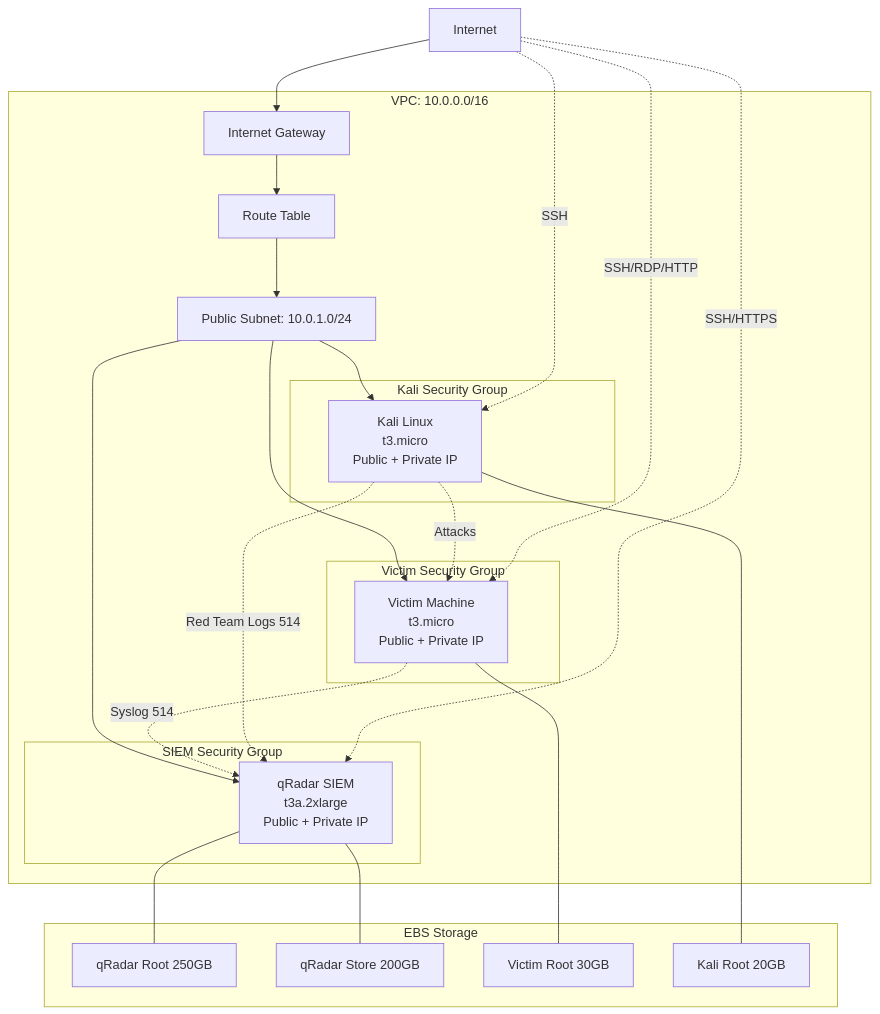
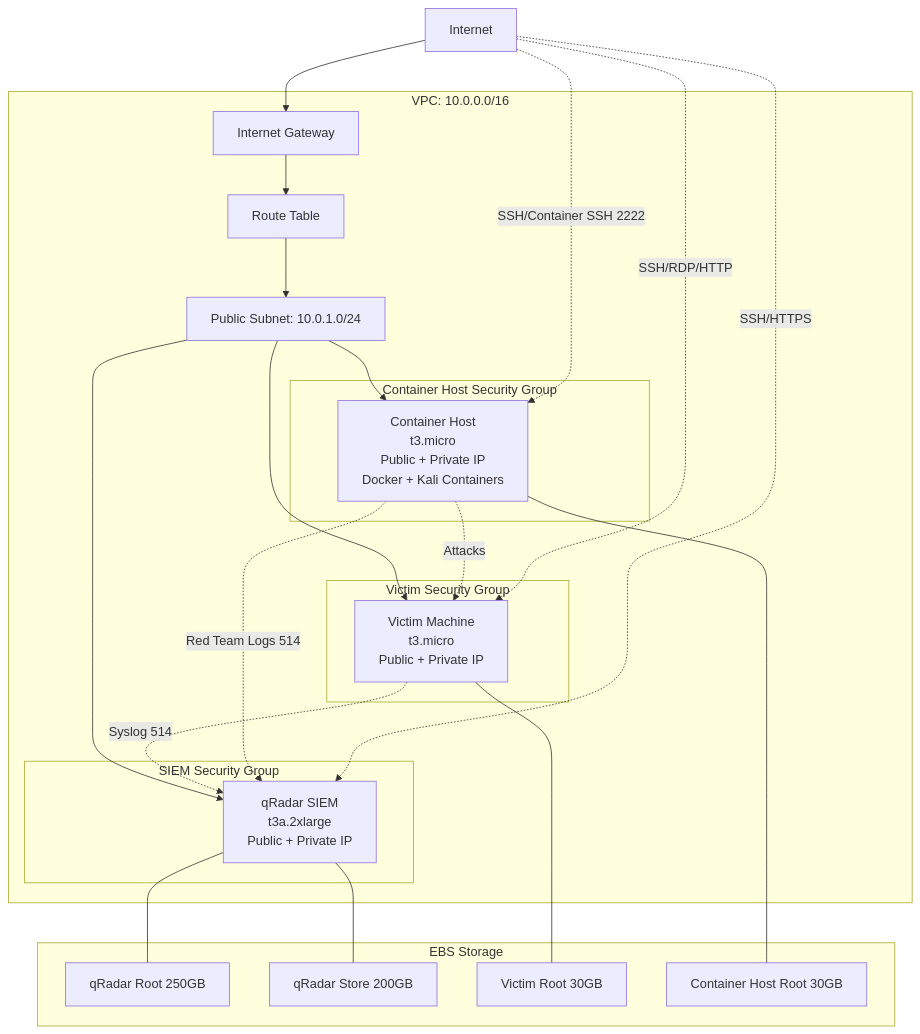
Before and after one commit to PaloAltoNetworks/shifter: the second of 4 diagrams in docs/architecture.md, drawn with Mermaid. The commit also changed other lines of this file and 3 other files, not shown here.

Commit message:
docs: Update docs for red team containerization

````diff
--- a/docs/architecture.md
+++ b/docs/architecture.md
@@ -119,45 +121,45 @@
 ```mermaid
 flowchart TB
     Internet[Internet] --> IGW[Internet Gateway]
     
     subgraph VPC["VPC: 10.0.0.0/16"]
         IGW --> RT[Route Table]
         RT --> PubSub[Public Subnet: 10.0.1.0/24]
         
         subgraph SIEMSSG["SIEM Security Group"]
             SIEM[qRadar SIEM<br/>t3a.2xlarge<br/>Public + Private IP]
         end
         
         subgraph VICTIMSG["Victim Security Group"]
             VICTIM[Victim Machine<br/>t3.micro<br/>Public + Private IP]
         end
         
-        subgraph KALISG["Kali Security Group"]
-            KALI[Kali Linux<br/>t3.micro<br/>Public + Private IP]
+        subgraph CONTAINERSG["Container Host Security Group"]
+            CONTAINERHOST[Container Host<br/>t3.micro<br/>Public + Private IP<br/>Docker + Kali Containers]
         end
         
         PubSub --> SIEM
         PubSub --> VICTIM
-        PubSub --> KALI
+        PubSub --> CONTAINERHOST
     end
     
     subgraph Storage["EBS Storage"]
         SIEMROOT[qRadar Root 250GB]
         SIEMSTORE[qRadar Store 200GB]
         VICTIMROOT[Victim Root 30GB]
-        KALIROOT[Kali Root 20GB]
+        CONTAINERROOT[Container Host Root 30GB]
     end
     
     VICTIM -.->|Syslog 514| SIEM
-    KALI -.->|Red Team Logs 514| SIEM
-    KALI -.->|Attacks| VICTIM
+    CONTAINERHOST -.->|Red Team Logs 514| SIEM
+    CONTAINERHOST -.->|Attacks| VICTIM
     
     Internet -.->|SSH/HTTPS| SIEM
     Internet -.->|SSH/RDP/HTTP| VICTIM
-    Internet -.->|SSH| KALI
+    Internet -.->|SSH/Container SSH 2222| CONTAINERHOST
     
     SIEM --- SIEMROOT
     SIEM --- SIEMSTORE
     VICTIM --- VICTIMROOT
-    KALI --- KALIROOT
+    CONTAINERHOST --- CONTAINERROOT
 ```
````
